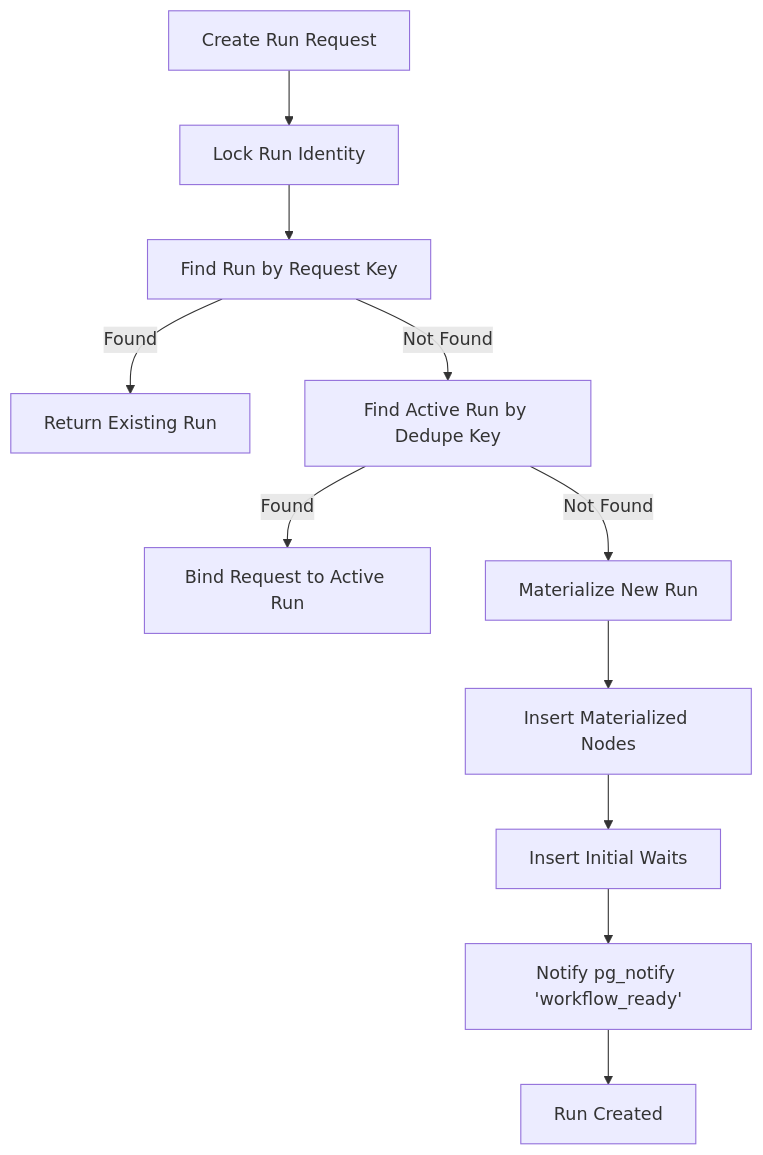
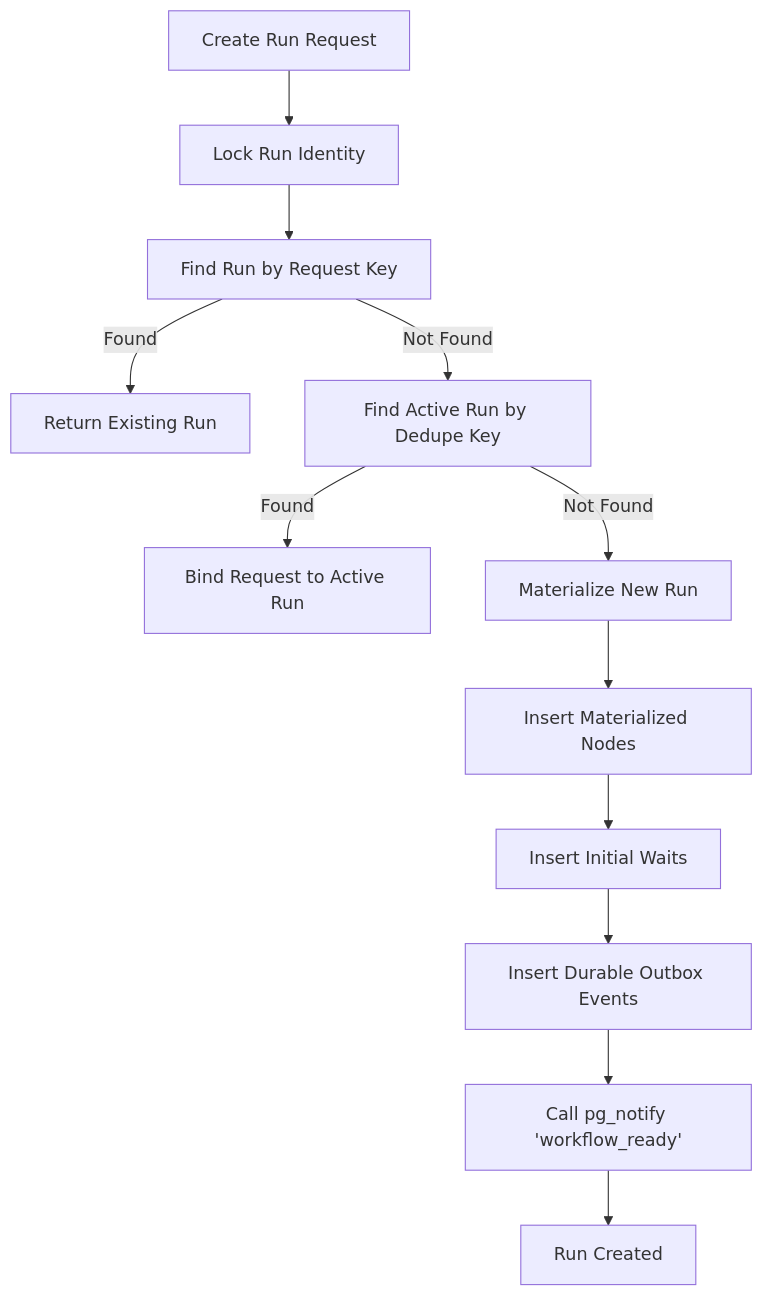
The first of 2 diagrams in .cubic/wiki/02-section-architecture/02-p-workflow-engine.md (immagiov4/Nous), drawn with Mermaid before and after one commit. The commit also changed other lines of this file and 1 other file, not shown here.

Commit message:
Complete workflow DSL review fixes

````diff
--- a/.cubic/wiki/02-section-architecture/02-p-workflow-engine.md
+++ b/.cubic/wiki/02-section-architecture/02-p-workflow-engine.md
@@ -49,13 +49,14 @@
 ```mermaid
 flowchart TD
     Start[Create Run Request] --> Lock[Lock Run Identity]
     Lock --> CheckRequest[Find Run by Request Key]
     CheckRequest -- Found --> ReturnExisting[Return Existing Run]
     CheckRequest -- Not Found --> CheckDedupe[Find Active Run by Dedupe Key]
     CheckDedupe -- Found --> BindRequest[Bind Request to Active Run]
     CheckDedupe -- Not Found --> Materialize[Materialize New Run]
     Materialize --> InsertNodes[Insert Materialized Nodes]
     InsertNodes --> InsertWaits[Insert Initial Waits]
-    InsertWaits --> Notify[Notify pg_notify 'workflow_ready']
+    InsertWaits --> InsertEvents[Insert Durable Outbox Events]
+    InsertEvents --> Notify[Call pg_notify 'workflow_ready']
     Notify --> End[Run Created]
 ```
````
